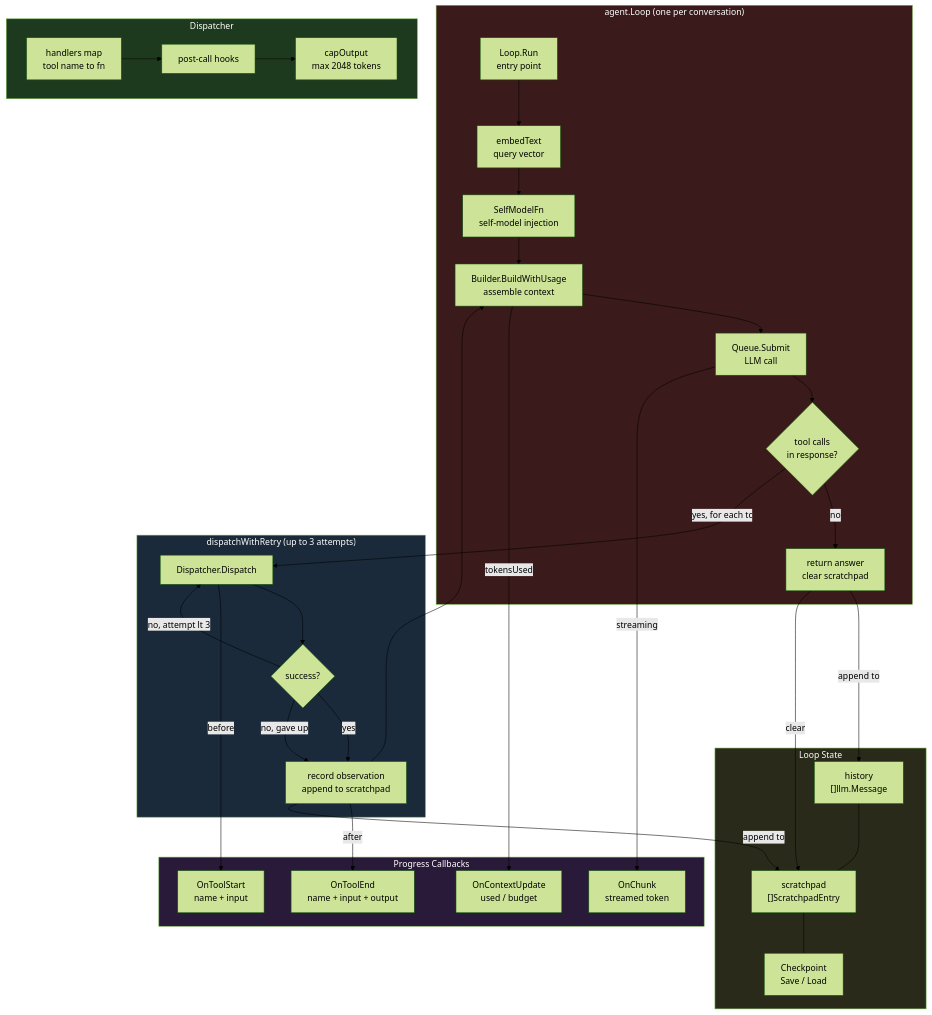
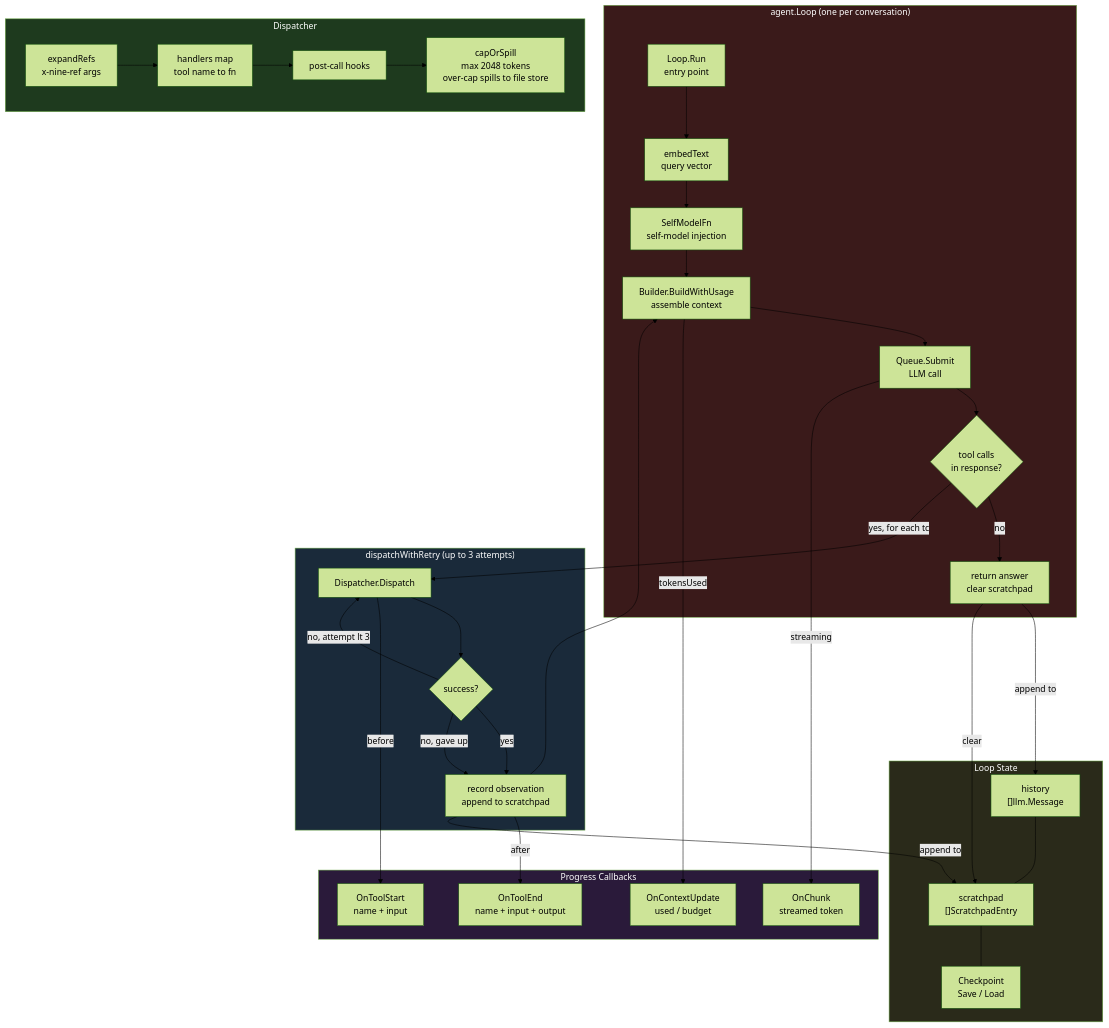
Before and after one commit to djordlucas/nine: the first of 2 diagrams in docs/agent-loop.md, drawn with Mermaid (forest theme). The commit also changed other lines of this file and 42 other files, not shown here.

````diff
--- a/docs/agent-loop.md
+++ b/docs/agent-loop.md
@@ -7,73 +7,75 @@
 ```mermaid
 flowchart TD
     subgraph Loop["agent.Loop (one per conversation)"]
         RUN[Loop.Run\nentry point]
         EMBED[embedText\nquery vector]
         SELF[SelfModelFn\nself-model injection]
         BUILD[Builder.BuildWithUsage\nassemble context]
         SUBMIT[Queue.Submit\nLLM call]
         TOOLS{tool calls\nin response?}
         FINAL[return answer\nclear scratchpad]
 
         RUN --> EMBED
         EMBED --> SELF
         SELF --> BUILD
         BUILD --> SUBMIT
         SUBMIT --> TOOLS
         TOOLS -->|"no"| FINAL
     end
 
     subgraph Dispatch["dispatchWithRetry (up to 3 attempts)"]
         DISPATCH[Dispatcher.Dispatch]
         RETRY{success?}
         OBS[record observation\nappend to scratchpad]
 
         DISPATCH --> RETRY
         RETRY -->|"no, attempt lt 3"| DISPATCH
         RETRY -->|"yes"| OBS
         RETRY -->|"no, gave up"| OBS
     end
 
     subgraph Dispatcher["Dispatcher"]
+        REFS[expandRefs\nx-nine-ref args]
         HMAP[handlers map\ntool name to fn]
         HOOKS[post-call hooks]
-        CAP[capOutput\nmax 2048 tokens]
+        CAP[capOrSpill\nmax 2048 tokens\nover-cap spills to file store]
 
+        REFS --> HMAP
         HMAP --> HOOKS
         HOOKS --> CAP
     end
 
     subgraph State["Loop State"]
         HIST["history\n[]llm.Message"]
         SCRATCH["scratchpad\n[]ScratchpadEntry"]
         CKPT[Checkpoint\nSave / Load]
 
         HIST --- SCRATCH
         SCRATCH --- CKPT
     end
 
     subgraph Callbacks["Progress Callbacks"]
         CB1[OnContextUpdate\nused / budget]
         CB2[OnToolStart\nname + input]
         CB3[OnToolEnd\nname + input + output]
         CB4[OnChunk\nstreamed token]
     end
 
     TOOLS -->|"yes, for each tc"| DISPATCH
     OBS --> BUILD
 
     BUILD -->|"tokensUsed"| CB1
     DISPATCH -->|"before"| CB2
     OBS -->|"after"| CB3
     SUBMIT -->|"streaming"| CB4
 
     FINAL -->|"append to"| HIST
     OBS -->|"append to"| SCRATCH
     FINAL -->|"clear"| SCRATCH
 
     style Loop fill:#3a1a1a,color:#fff
     style Dispatch fill:#1a2a3a,color:#fff
     style Dispatcher fill:#1e3a1e,color:#fff
     style State fill:#2a2a1a,color:#fff
     style Callbacks fill:#2a1a3a,color:#fff
 ```
````
